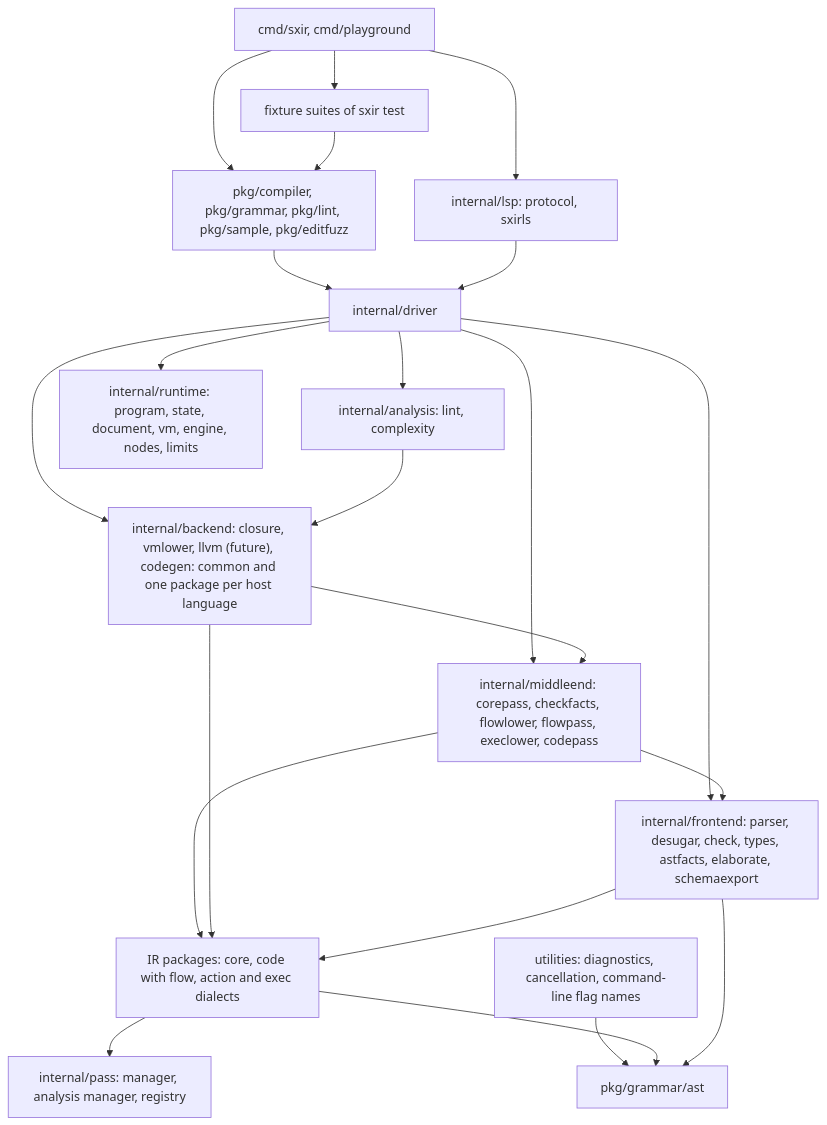
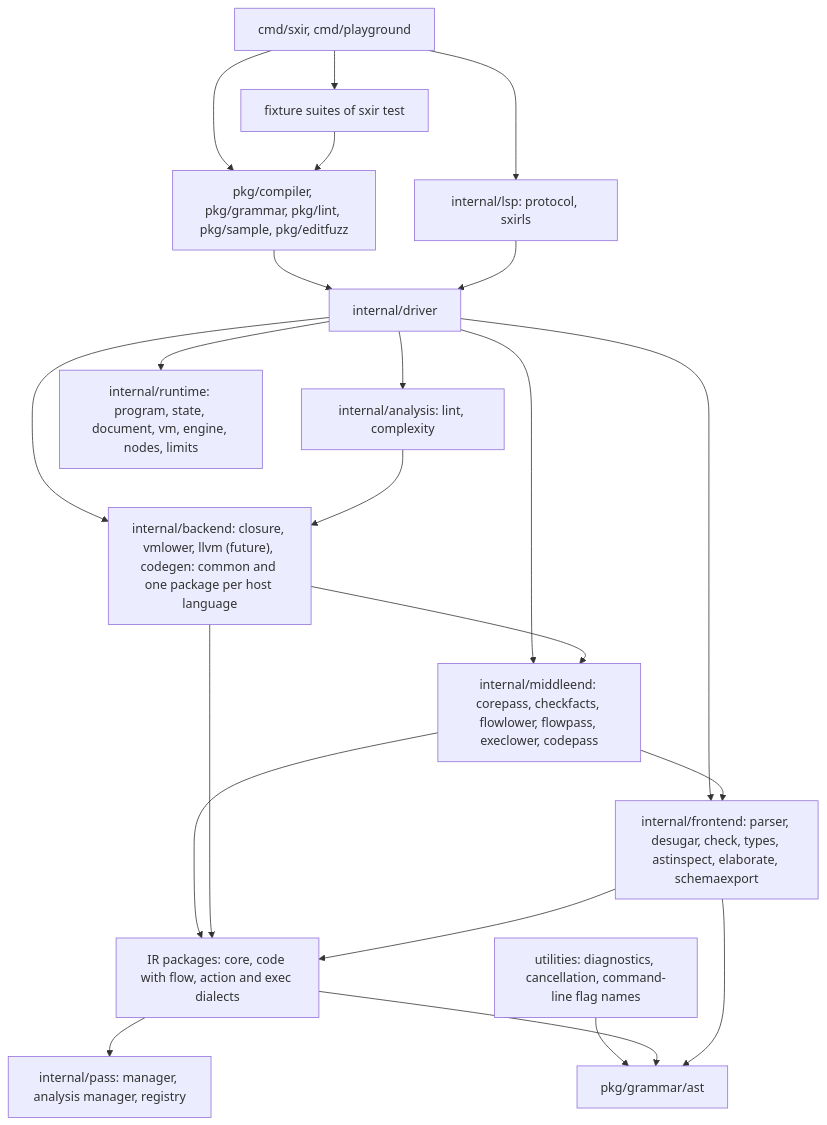
One commit to syntaxir/syntaxir changed the diagram in docs/design/records/072-release-package-layout.md. Above: the diagram before and after it, drawn with Mermaid. The commit also changed 58 other files, not shown here.

First line of the commit message:
Rename internal/frontend/astfacts to astinspect

````diff
--- a/docs/design/records/072-release-package-layout.md
+++ b/docs/design/records/072-release-package-layout.md
@@ -150,22 +150,22 @@
 ```mermaid
 flowchart TD
   cmd["cmd/sxir, cmd/playground"] --> pub["pkg/compiler, pkg/grammar, pkg/lint, pkg/sample, pkg/editfuzz"]
   pub --> driver["internal/driver"]
   cmd --> fixture["fixture suites of sxir test"] --> pub
   driver --> backend["internal/backend: closure, vmlower, llvm (future), codegen: common and one package per host language"]
   driver --> middle["internal/middleend: corepass, checkfacts, flowlower, flowpass, execlower, codepass"]
-  driver --> front["internal/frontend: parser, desugar, check, types, astfacts, elaborate, schemaexport"]
+  driver --> front["internal/frontend: parser, desugar, check, types, astinspect, elaborate, schemaexport"]
   middle --> ir["IR packages: core, code with flow, action and exec dialects"]
   backend --> ir
   front --> ir
   ir --> pass["internal/pass: manager, analysis manager, registry"]
   util["utilities: diagnostics, cancellation, command-line flag names"] --> gram["pkg/grammar/ast"]
   ir --> gram
   cmd --> lsp["internal/lsp: protocol, sxirls"] --> driver
   driver --> analysis["internal/analysis: lint, complexity"]
   analysis --> backend
   backend --> middle
   middle --> front
   front --> gram
   driver --> rt["internal/runtime: program, state, document, vm, engine, nodes, limits"]
 ```
````
